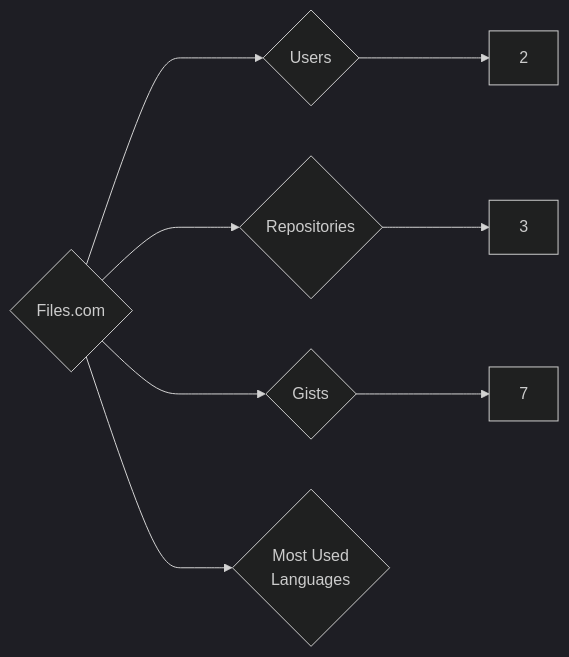
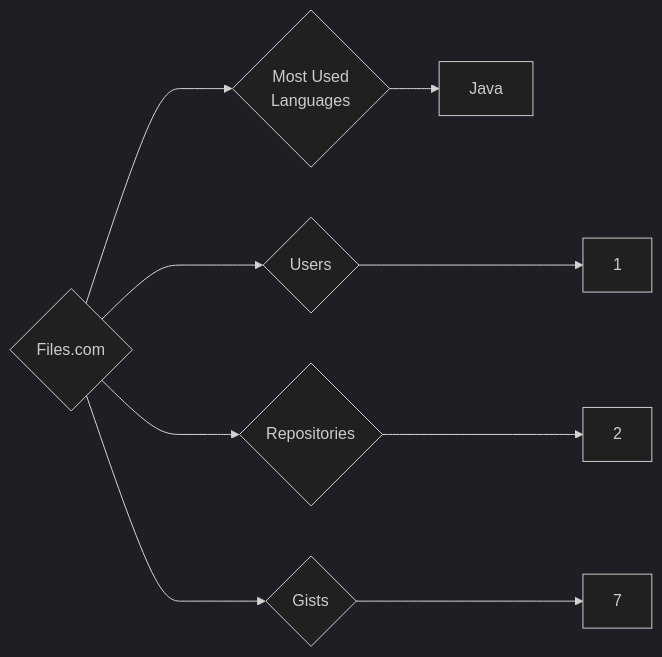
The diagram in targets/Files.com/README.md (trickest/insiders), drawn with Mermaid (dark theme) before and after one commit. The commit also changed 718 other files, not shown here.

````diff
--- a/targets/Files.com/README.md
+++ b/targets/Files.com/README.md
@@ -3,8 +3,9 @@
 ```mermaid
 graph LR
 COMPANY_NAME{Files.com}
-COMPANY_NAME ---> U{Users} ---> UN[2]
-COMPANY_NAME ---> R{Repositories} ---> RN[3]
+COMPANY_NAME ---> U{Users} ---> UN[1]
+COMPANY_NAME ---> R{Repositories} ---> RN[2]
 COMPANY_NAME ---> G{Gists} ---> GN[7]
 COMPANY_NAME ---> ML{Most Used<br>Languages}
+ML --> Java[Java]
 ```
````
